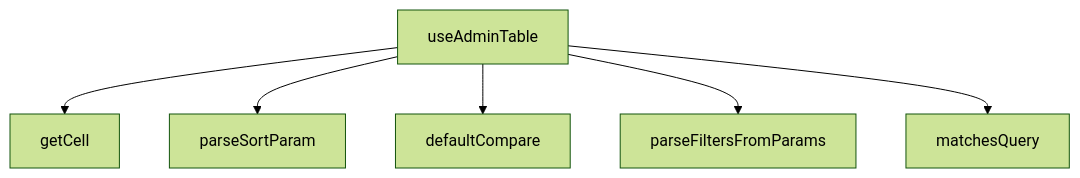
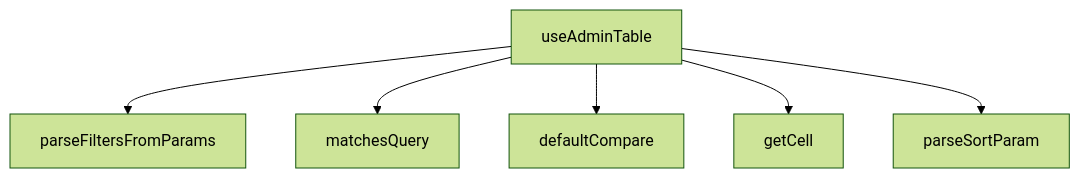
One commit to peckop/venthub-hvac-esite changed the diagram in src/hooks/useAdminTable.md. Above: the diagram before and after it, drawn with Mermaid (forest theme). The commit also changed other lines of this file and 22 other files, not shown here.

````diff
--- a/src/hooks/useAdminTable.md
+++ b/src/hooks/useAdminTable.md
@@ -436,14 +357,14 @@
 ```mermaid
 graph TD
     useAdminTable_ts__defaultCompare["defaultCompare"]
     useAdminTable_ts__getCell["getCell"]
     useAdminTable_ts__matchesQuery["matchesQuery"]
     useAdminTable_ts__parseFiltersFromParams["parseFiltersFromParams"]
     useAdminTable_ts__parseSortParam["parseSortParam"]
     useAdminTable_ts__useAdminTable["useAdminTable"]
+    useAdminTable_ts__useAdminTable --> useAdminTable_ts__parseFiltersFromParams
+    useAdminTable_ts__useAdminTable --> useAdminTable_ts__matchesQuery
+    useAdminTable_ts__useAdminTable --> useAdminTable_ts__defaultCompare
     useAdminTable_ts__useAdminTable --> useAdminTable_ts__getCell
     useAdminTable_ts__useAdminTable --> useAdminTable_ts__parseSortParam
-    useAdminTable_ts__useAdminTable --> useAdminTable_ts__defaultCompare
-    useAdminTable_ts__useAdminTable --> useAdminTable_ts__parseFiltersFromParams
-    useAdminTable_ts__useAdminTable --> useAdminTable_ts__matchesQuery
 ```
````
